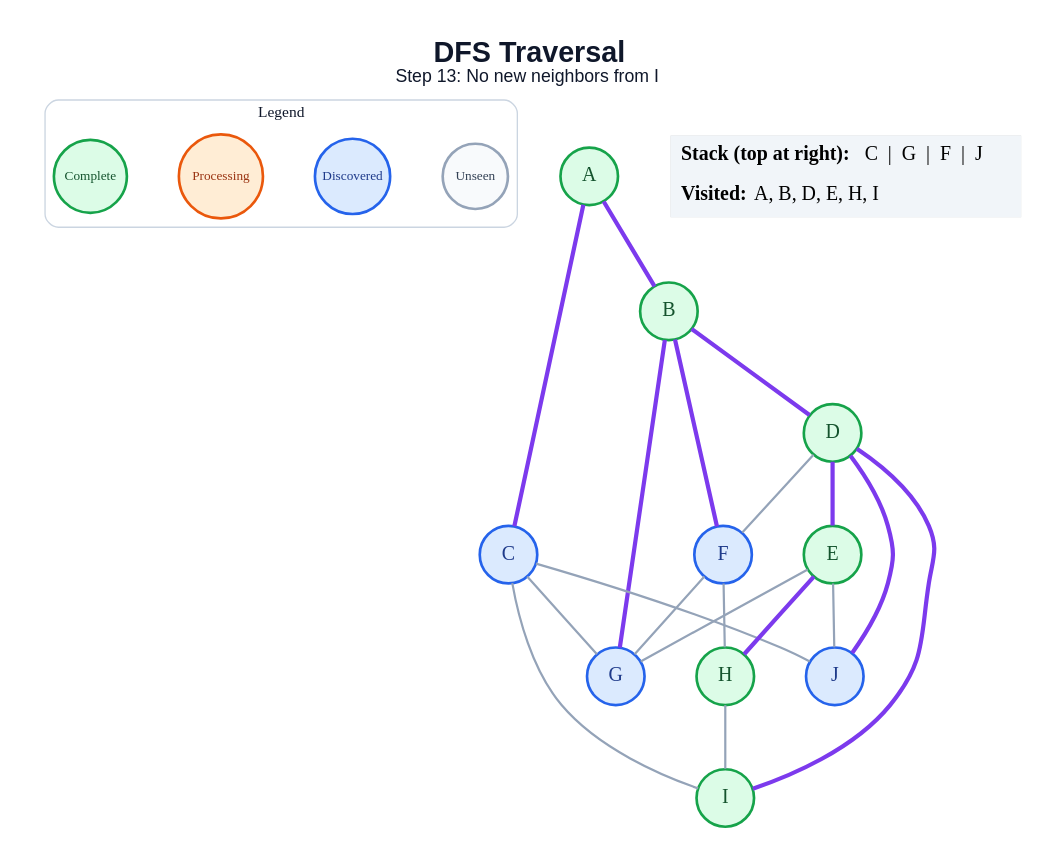
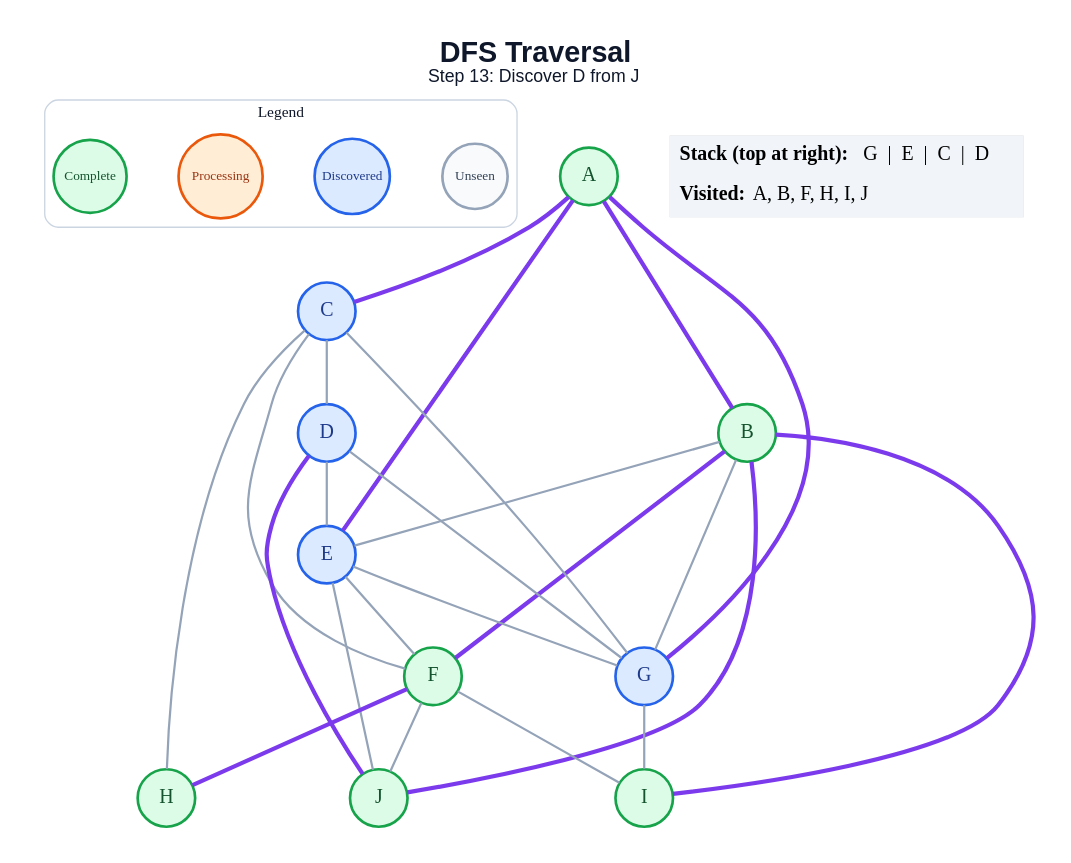
The diagram in generated/dfs/step_13.dot (amanghodawala9/ai-slop), drawn with Graphviz before and after one commit. The commit also changed 178 other files, not shown here.

```diff
--- a/generated/dfs/step_13.dot
+++ b/generated/dfs/step_13.dot
@@ -1,47 +1,52 @@
 graph traversal {
   graph [layout=dot, rankdir=TB, bgcolor="#FFFFFF", pad="0.35", nodesep="0.65", ranksep="0.8", fontname="Arial"];
   node [shape=circle, style="filled", fontname="Arial Bold", fontsize=18, width=0.72, fixedsize=true, penwidth=2.4];
   edge [color="#94A3B8", penwidth=2.0];
-  label=<<B>DFS Traversal</B><BR/><FONT POINT-SIZE="16">Step 13: No new neighbors from I</FONT>>; labelloc="t"; fontsize=26; fontname="Arial"; fontcolor="#0F172A";
+  label=<<B>DFS Traversal</B><BR/><FONT POINT-SIZE="16">Step 13: Discover D from J</FONT>>; labelloc="t"; fontsize=26; fontname="Arial"; fontcolor="#0F172A";
   subgraph cluster_legend { label="Legend"; color="#CBD5E1"; penwidth=1.2; style="rounded"; fontsize=14; fontname="Arial Bold";
     key_unseen [label="Unseen", fillcolor="#F8FAFC", color="#94A3B8", fontcolor="#334155", fontsize=12, width=0.82];
     key_frontier [label="Discovered", fillcolor="#DBEAFE", color="#2563EB", fontcolor="#1E3A8A", fontsize=12, width=0.95];
     key_current [label="Processing", fillcolor="#FFEDD5", color="#EA580C", fontcolor="#9A3412", fontsize=12, width=1.05];
     key_done [label="Complete", fillcolor="#DCFCE7", color="#16A34A", fontcolor="#14532D", fontsize=12, width=0.92];
     { rank=same; key_unseen; key_frontier; key_current; key_done; }
   }
   A [fillcolor="#DCFCE7", color="#16A34A", fontcolor="#14532D"];
   B [fillcolor="#DCFCE7", color="#16A34A", fontcolor="#14532D"];
   C [fillcolor="#DBEAFE", color="#2563EB", fontcolor="#1E3A8A"];
-  D [fillcolor="#DCFCE7", color="#16A34A", fontcolor="#14532D"];
-  E [fillcolor="#DCFCE7", color="#16A34A", fontcolor="#14532D"];
-  F [fillcolor="#DBEAFE", color="#2563EB", fontcolor="#1E3A8A"];
+  D [fillcolor="#DBEAFE", color="#2563EB", fontcolor="#1E3A8A"];
+  E [fillcolor="#DBEAFE", color="#2563EB", fontcolor="#1E3A8A"];
+  F [fillcolor="#DCFCE7", color="#16A34A", fontcolor="#14532D"];
   G [fillcolor="#DBEAFE", color="#2563EB", fontcolor="#1E3A8A"];
   H [fillcolor="#DCFCE7", color="#16A34A", fontcolor="#14532D"];
   I [fillcolor="#DCFCE7", color="#16A34A", fontcolor="#14532D"];
-  J [fillcolor="#DBEAFE", color="#2563EB", fontcolor="#1E3A8A"];
+  J [fillcolor="#DCFCE7", color="#16A34A", fontcolor="#14532D"];
   A -- B [color="#7C3AED", penwidth=3.8];
   A -- C [color="#7C3AED", penwidth=3.8];
-  B -- D [color="#7C3AED", penwidth=3.8];
+  A -- E [color="#7C3AED", penwidth=3.8];
+  A -- G [color="#7C3AED", penwidth=3.8];
+  B -- E;
   B -- F [color="#7C3AED", penwidth=3.8];
-  B -- G [color="#7C3AED", penwidth=3.8];
+  B -- G;
+  B -- I [color="#7C3AED", penwidth=3.8];
+  B -- J [color="#7C3AED", penwidth=3.8];
+  C -- D;
+  C -- F;
   C -- G;
-  C -- I;
-  C -- J;
-  D -- E [color="#7C3AED", penwidth=3.8];
-  D -- F;
-  D -- I [color="#7C3AED", penwidth=3.8];
+  C -- H;
+  D -- E;
+  D -- G;
   D -- J [color="#7C3AED", penwidth=3.8];
+  E -- F;
   E -- G;
-  E -- H [color="#7C3AED", penwidth=3.8];
   E -- J;
-  F -- G;
-  F -- H;
-  H -- I;
+  F -- H [color="#7C3AED", penwidth=3.8];
+  F -- I;
+  F -- J;
+  G -- I;
   status [shape=plain, fixedsize=false, width=0, height=0, margin=0, label=<
     <TABLE BORDER="0" CELLBORDER="0" CELLPADDING="7" BGCOLOR="#F1F5F9">
-      <TR><TD ALIGN="LEFT"><B>Stack (top at right):</B> C  |  G  |  F  |  J</TD></TR>
-      <TR><TD ALIGN="LEFT"><B>Visited:</B> A, B, D, E, H, I</TD></TR>
+      <TR><TD ALIGN="LEFT"><B>Stack (top at right):</B> G  |  E  |  C  |  D</TD></TR>
+      <TR><TD ALIGN="LEFT"><B>Visited:</B> A, B, F, H, I, J</TD></TR>
     </TABLE>
   >];
 }
```
